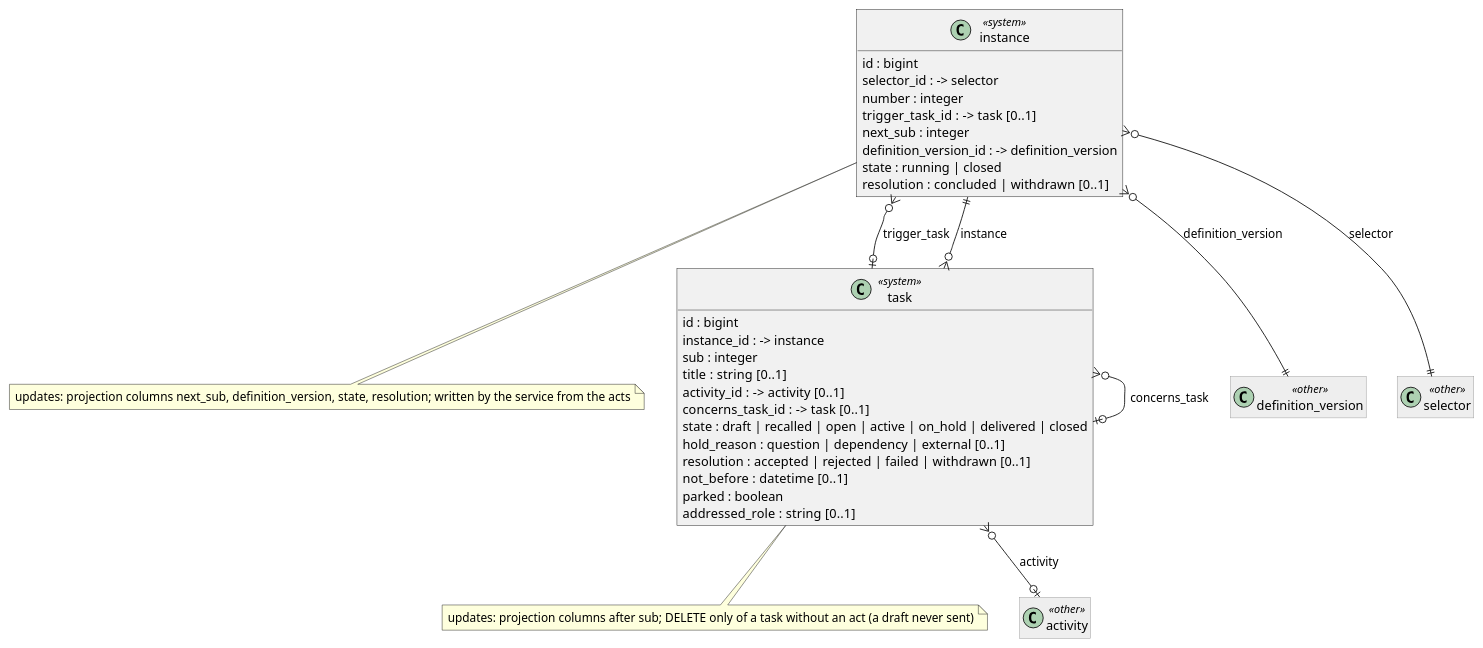
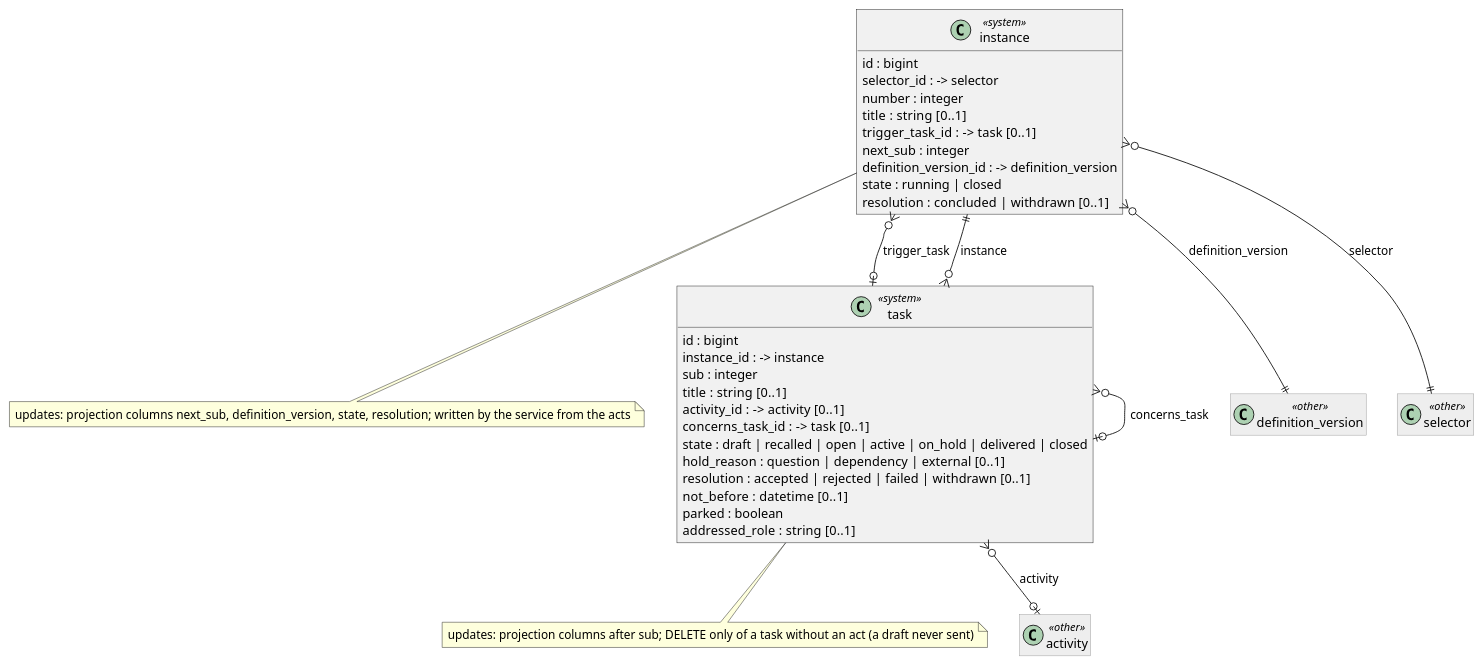
One commit to Kumbuka-ai/kumbuka-dispatch changed the diagram in docs/data-model/diagrams/02-instance-and-task.puml. Above: the diagram before and after it, drawn with PlantUML. The commit also changed 30 other files, not shown here.

```diff
--- a/docs/data-model/diagrams/02-instance-and-task.puml
+++ b/docs/data-model/diagrams/02-instance-and-task.puml
@@ -1,49 +1,50 @@
 @startuml 02-instance-and-task
 ' 02-instance-and-task (docs/data-model/groups/02-instance-and-task.md), generated from model/run.linkml.yaml.
 ' Every table carries tenant_id and scope_id and a unique key (tenant_id, scope_id, id); every foreign
 ' key runs over tenant, scope and id (ADR-0042). Left out below. Tables of other groups are drawn grey.
 skinparam shadowing false
 skinparam roundcorner 0
 skinparam classAttributeIconSize 0
 hide methods
 hide empty members
 skinparam class<<other>> {
   BackgroundColor #EEEEEE
   BorderColor #999999
 }
 class instance <<system>> {
   id : bigint
   selector_id : -> selector
   number : integer
+  title : string  [0..1]
   trigger_task_id : -> task  [0..1]
   next_sub : integer
   definition_version_id : -> definition_version
   state : running | closed
   resolution : concluded | withdrawn  [0..1]
 }
 note bottom of instance : updates: projection columns next_sub, definition_version, state, resolution; written by the service from the acts
 class task <<system>> {
   id : bigint
   instance_id : -> instance
   sub : integer
   title : string  [0..1]
   activity_id : -> activity  [0..1]
   concerns_task_id : -> task  [0..1]
   state : draft | recalled | open | active | on_hold | delivered | closed
   hold_reason : question | dependency | external  [0..1]
   resolution : accepted | rejected | failed | withdrawn  [0..1]
   not_before : datetime  [0..1]
   parked : boolean
   addressed_role : string  [0..1]
 }
 note bottom of task : updates: projection columns after sub; DELETE only of a task without an act (a draft never sent)
 class activity <<other>>
 class definition_version <<other>>
 class selector <<other>>
 instance }o--|| selector : selector
 instance }o--o| task : trigger_task
 instance }o--|| definition_version : definition_version
 task }o--|| instance : instance
 task }o--o| activity : activity
 task }o--o| task : concerns_task
 @enduml
```
